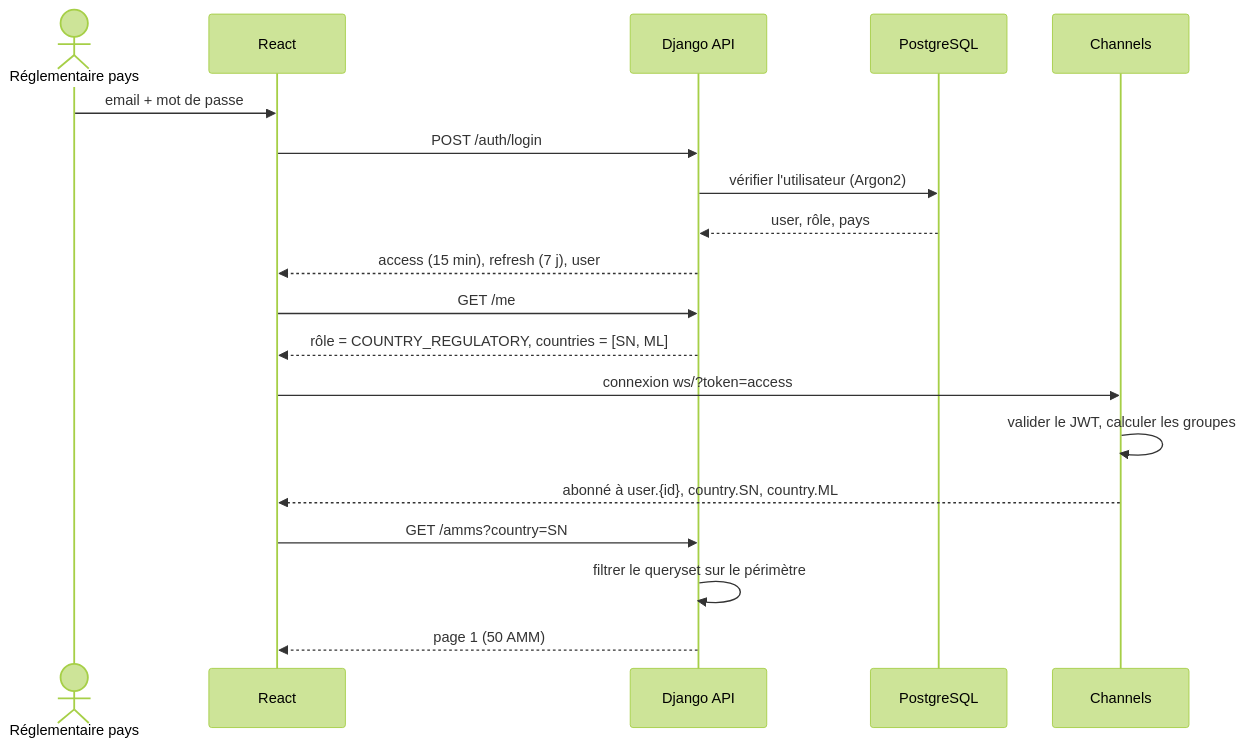
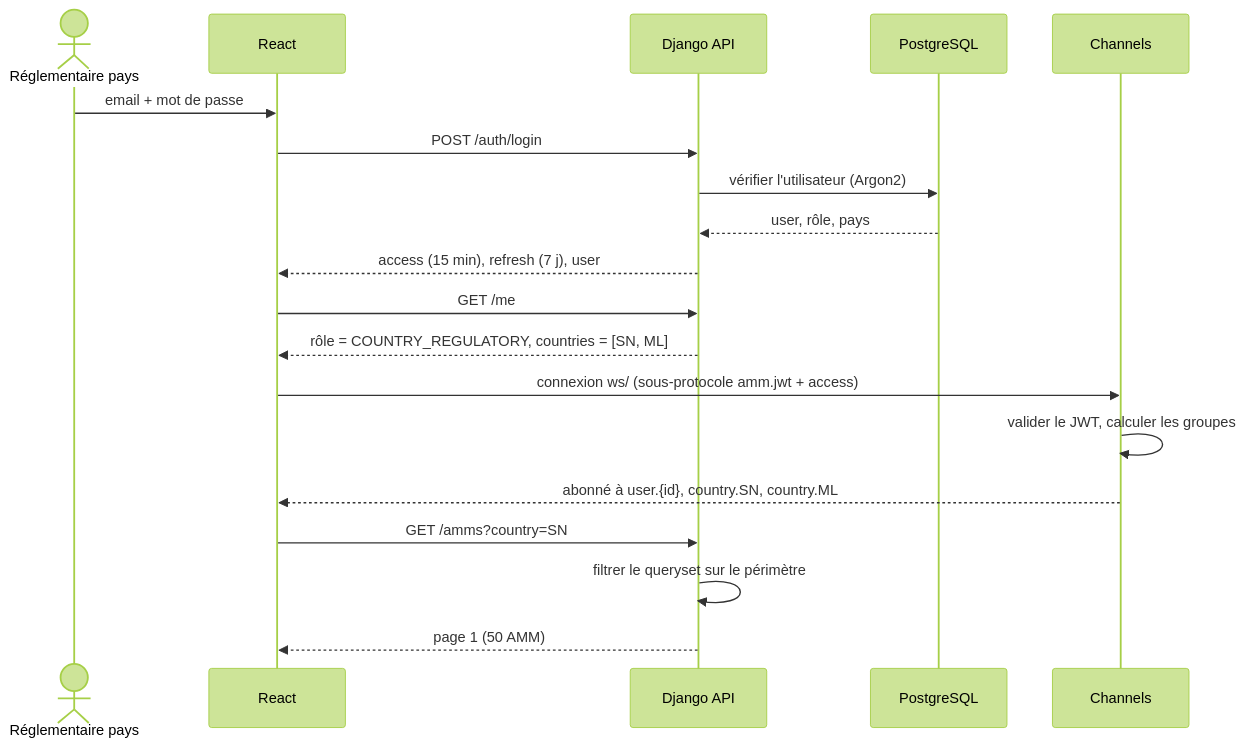
One commit to alamine2003/AMM-INNOV changed the sixth of 14 diagrams in docs/conception.md. Above: the diagram before and after it, drawn with Mermaid (forest theme). The commit also changed 33 other files, not shown here.

First line of the commit message:
Contrat API/frontend outillé, recherche serveur des produits, jeton WebSocket en sous-protocole, session 12 h

````diff
--- a/docs/conception.md
+++ b/docs/conception.md
@@ -466,22 +466,22 @@
 ```mermaid
 sequenceDiagram
     actor RP as Réglementaire pays
     participant UI as React
     participant API as Django API
     participant DB as PostgreSQL
     participant WS as Channels
 
     RP->>UI: email + mot de passe
     UI->>API: POST /auth/login
     API->>DB: vérifier l'utilisateur (Argon2)
     DB-->>API: user, rôle, pays
     API-->>UI: access (15 min), refresh (7 j), user
     UI->>API: GET /me
     API-->>UI: rôle = COUNTRY_REGULATORY, countries = [SN, ML]
-    UI->>WS: connexion ws/?token=access
+    UI->>WS: connexion ws/ (sous-protocole amm.jwt + access)
     WS->>WS: valider le JWT, calculer les groupes
     WS-->>UI: abonné à user.{id}, country.SN, country.ML
     UI->>API: GET /amms?country=SN
     API->>API: filtrer le queryset sur le périmètre
     API-->>UI: page 1 (50 AMM)
 ```
````
